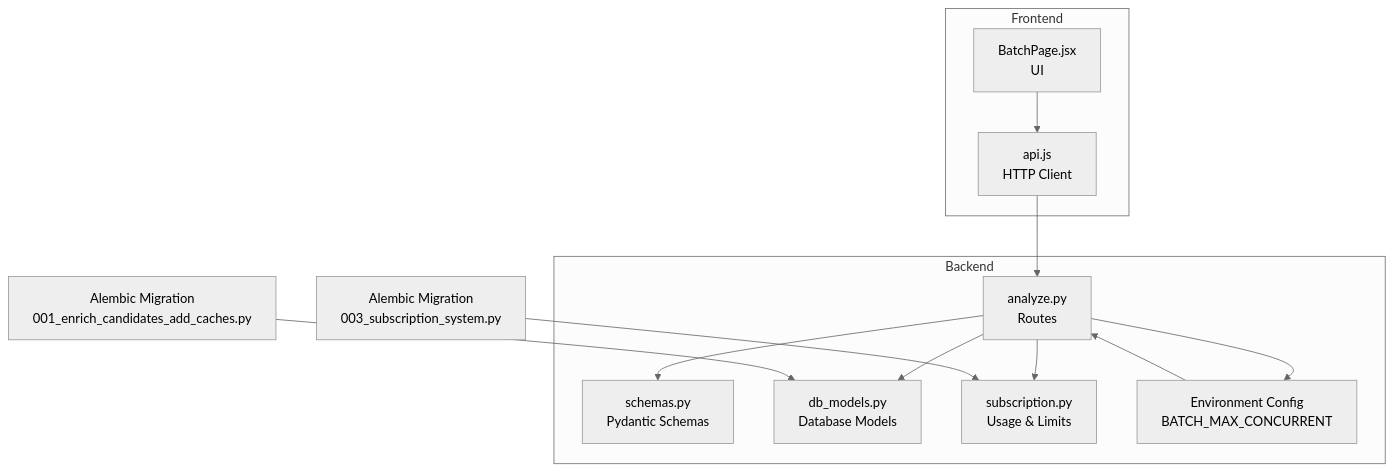
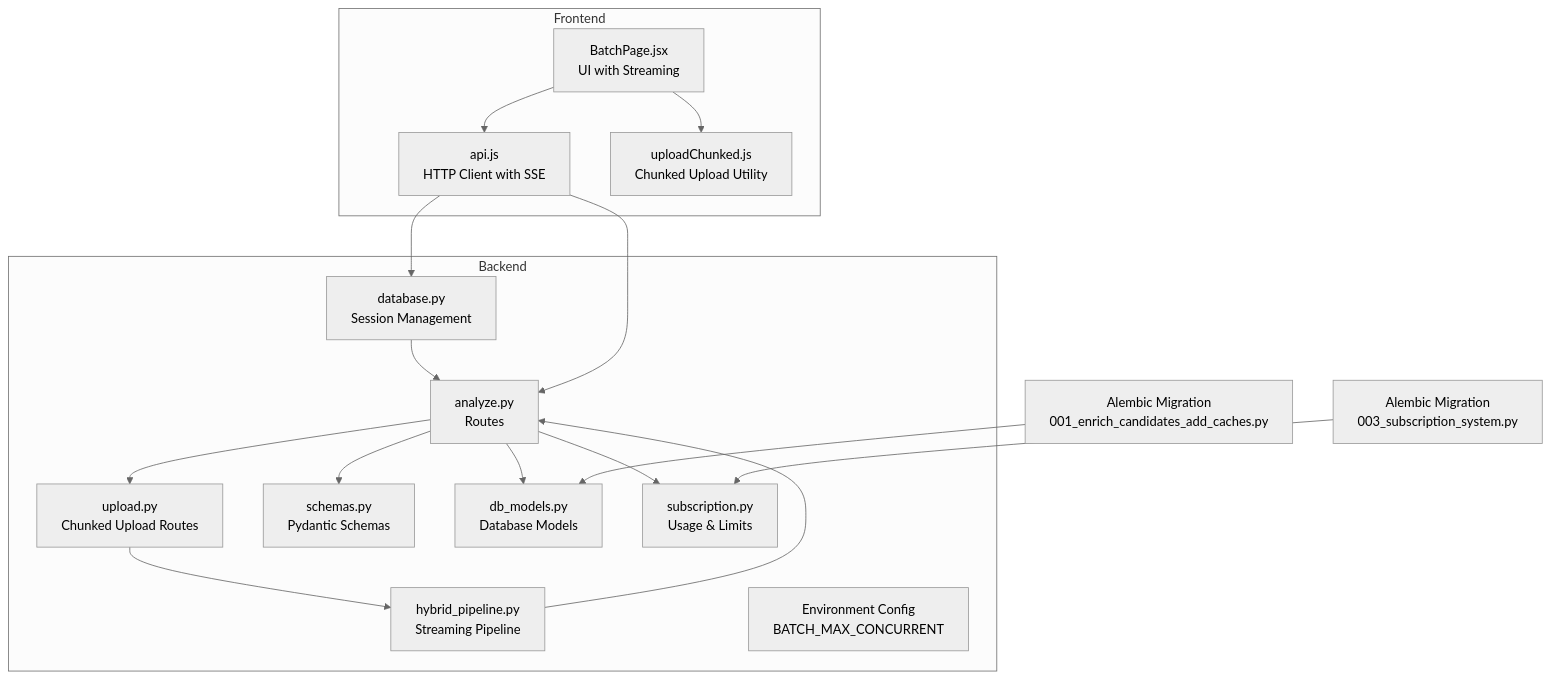
One commit to Revanththetalogics/aireume changed the first of 3 diagrams in .qoder/repowiki/en/content/API Reference/Analysis Endpoints/Batch Analysis.md. Above: the diagram before and after it, drawn with Mermaid (neutral theme). The commit also changed other lines of this file and 61 other files, not shown here.

````diff
--- a/.qoder/repowiki/en/content/API Reference/Analysis Endpoints/Batch Analysis.md
+++ b/.qoder/repowiki/en/content/API Reference/Analysis Endpoints/Batch Analysis.md
@@ -52,25 +58,33 @@
 ```mermaid
 graph TB
 subgraph "Backend"
 A["analyze.py<br/>Routes"]
-B["schemas.py<br/>Pydantic Schemas"]
-C["db_models.py<br/>Database Models"]
-D["subscription.py<br/>Usage & Limits"]
-E["Environment Config<br/>BATCH_MAX_CONCURRENT"]
+B["upload.py<br/>Chunked Upload Routes"]
+C["schemas.py<br/>Pydantic Schemas"]
+D["db_models.py<br/>Database Models"]
+E["subscription.py<br/>Usage & Limits"]
+F["hybrid_pipeline.py<br/>Streaming Pipeline"]
+G["database.py<br/>Session Management"]
+H["Environment Config<br/>BATCH_MAX_CONCURRENT"]
 end
 subgraph "Frontend"
-F["BatchPage.jsx<br/>UI"]
-G["api.js<br/>HTTP Client"]
+I["BatchPage.jsx<br/>UI with Streaming"]
+J["api.js<br/>HTTP Client with SSE"]
+K["uploadChunked.js<br/>Chunked Upload Utility"]
 end
-H["Alembic Migration<br/>001_enrich_candidates_add_caches.py"]
-I["Alembic Migration<br/>003_subscription_system.py"]
-E --> A
-F --> G
+L["Alembic Migration<br/>001_enrich_candidates_add_caches.py"]
+M["Alembic Migration<br/>003_subscription_system.py"]
+F --> A
 G --> A
+I --> J
+J --> A
 A --> B
 A --> C
 A --> D
 A --> E
-H --> C
-I --> D
+B --> F
+I --> K
+J --> G
+L --> D
+M --> E
 ```
````
